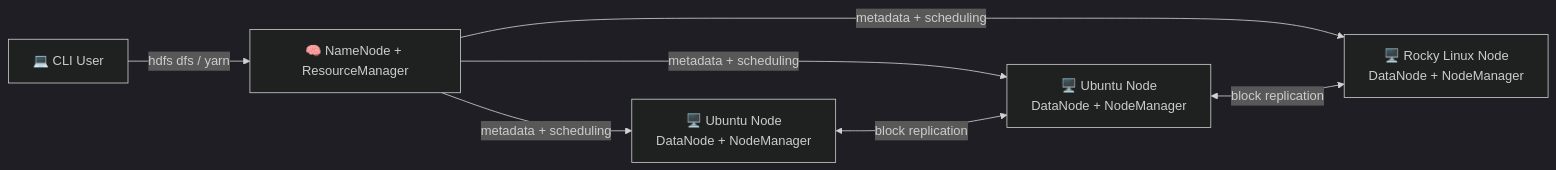
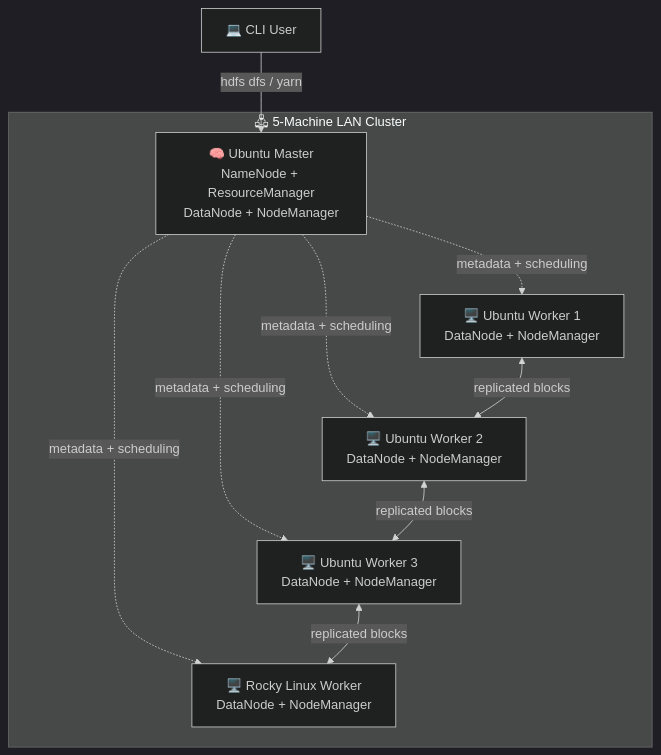
Before and after one commit to CarefreeHarp/DistributedSystems: the first of 2 diagrams in HDFS/README.md, drawn with Mermaid (dark theme). The commit also changed other lines of this file and 1 other file, not shown here.

Commit message:
HDFS Cluster

````diff
--- a/HDFS/README.md
+++ b/HDFS/README.md
@@ -7,9 +7,21 @@
 ```mermaid
-graph LR
-    User["💻 CLI User"] -->|"hdfs dfs / yarn"| Master["🧠 NameNode + ResourceManager"]
-    Master -->|"metadata + scheduling"| U1["🖥️ Ubuntu Node\nDataNode + NodeManager"]
-    Master -->|"metadata + scheduling"| U2["🖥️ Ubuntu Node\nDataNode + NodeManager"]
-    Master -->|"metadata + scheduling"| R1["🖥️ Rocky Linux Node\nDataNode + NodeManager"]
-    U1 <-->|block replication| U2
-    U2 <-->|block replication| R1
+graph TD
+    User["💻 CLI User"]
+
+    subgraph Cluster["🖧 5-Machine LAN Cluster"]
+        Master["🧠 Ubuntu Master\nNameNode + ResourceManager\nDataNode + NodeManager"]
+        U1["🖥️ Ubuntu Worker 1\nDataNode + NodeManager"]
+        U2["🖥️ Ubuntu Worker 2\nDataNode + NodeManager"]
+        U3["🖥️ Ubuntu Worker 3\nDataNode + NodeManager"]
+        R1["🖥️ Rocky Linux Worker\nDataNode + NodeManager"]
+    end
+
+    User -->|"hdfs dfs / yarn"| Master
+    Master -.->|"metadata + scheduling"| U1
+    Master -.->|"metadata + scheduling"| U2
+    Master -.->|"metadata + scheduling"| U3
+    Master -.->|"metadata + scheduling"| R1
+    U1 <-->|replicated blocks| U2
+    U2 <-->|replicated blocks| U3
+    U3 <-->|replicated blocks| R1
 ```
````
